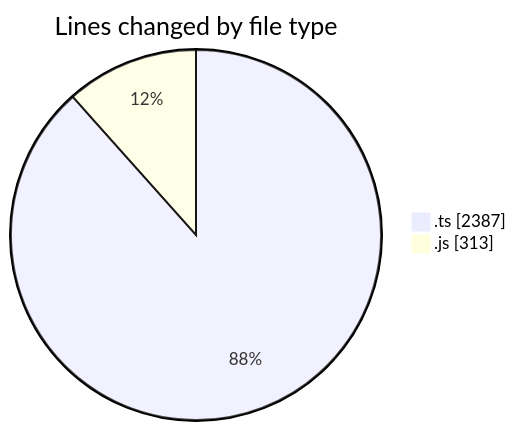
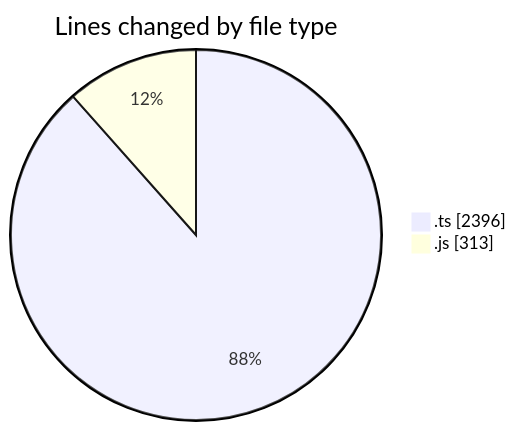
Before and after one commit to momahboobian/code-tracking: the first of 2 diagrams in 2025-09-05/cda/README.md, drawn with Mermaid. The commit also changed other lines of this file and 1 other file, not shown here.

````diff
--- a/2025-09-05/cda/README.md
+++ b/2025-09-05/cda/README.md
@@ -22,6 +22,6 @@
 ```mermaid
 pie showData
 title Lines changed by file type
-".ts" : 2387
+".ts" : 2396
 ".js" : 313
 ```
````
